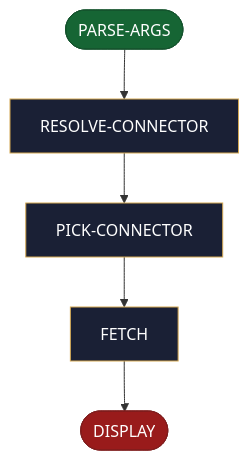
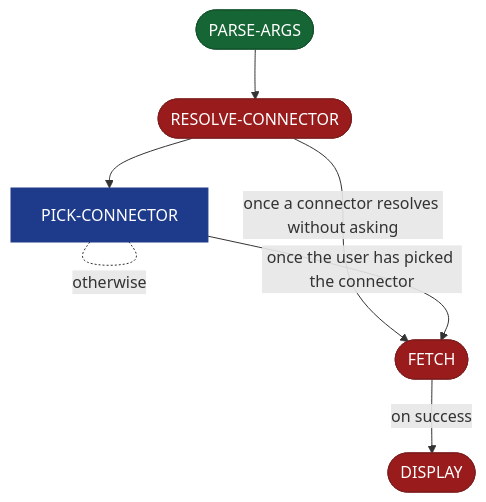
One commit to AndreVianna/aid-methodology changed the diagram in site/src/content/docs/skills/aid-read-ticket.md. Above: the diagram before and after it, drawn with Mermaid. The commit also changed other lines of this file and 195 other files, not shown here.

First line of the commit message:
delivery-002 review fix (cycle 1): sub-step pointers are notes, not advance lines; orchestrate under its line cap, question rule cited not restated; residual flow rungs read advance words; site regenerated; ledger rows marked Fixed (D3-11 left open)

````diff
--- a/site/src/content/docs/skills/aid-read-ticket.md
+++ b/site/src/content/docs/skills/aid-read-ticket.md
@@ -22,28 +22,30 @@
 ```mermaid
 flowchart TB
   classDef aidNode color:#fff
   classDef aidEntry fill:#166534,stroke:#14532d,color:#fff
   classDef aidExit fill:#991b1b,stroke:#7f1d1d,color:#fff
   classDef aidDecision fill:#92400e,stroke:#78350f,color:#fff
   classDef aidLoopBack fill:#1e3a8a,stroke:#1e3a8a,color:#fff
   classDef aidStep fill:#1a2035,stroke:#d4a853,color:#f1f5f9
   n1(["PARSE-ARGS"])
-  n2["RESOLVE-CONNECTOR"]
+  n2(["RESOLVE-CONNECTOR"])
   n3["PICK-CONNECTOR"]
-  n4["FETCH"]
+  n4(["FETCH"])
   n5(["DISPLAY"])
   n1 --> n2
   n2 --> n3
-  n3 --> n4
-  n4 --> n5
+  n2 -->|"once a connector resolves without asking"| n4
+  n3 -. "otherwise" .- n3
+  n3 -->|"once the user has picked the connector"| n4
+  n4 -->|"on success"| n5
   class n1 aidEntry
-  class n2 aidStep
-  class n3 aidStep
-  class n4 aidStep
+  class n2 aidExit
+  class n3 aidLoopBack
+  class n4 aidExit
   class n5 aidExit
   class n1 aidNode
   class n2 aidNode
   class n3 aidNode
   class n4 aidNode
   class n5 aidNode
 ```
````
